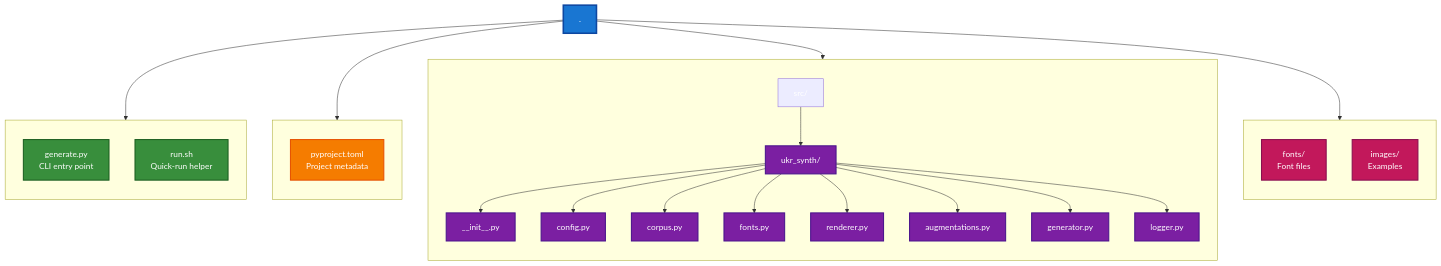
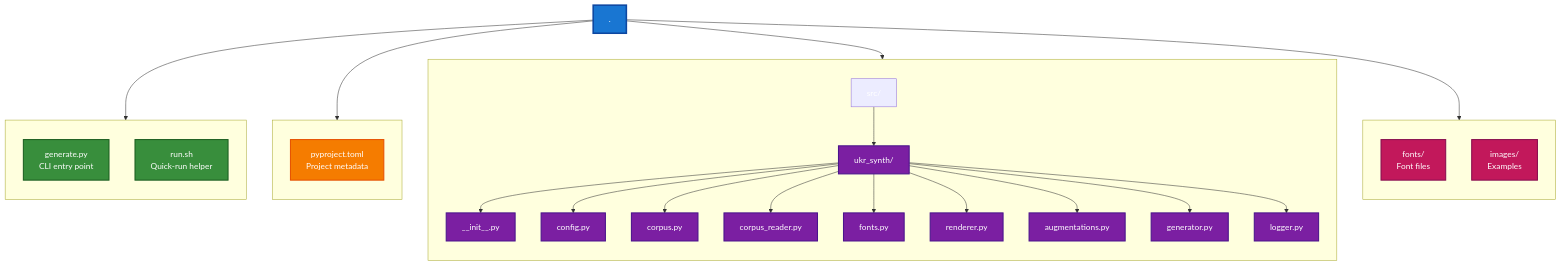
Before and after one commit to ValeriiSielikhov/ukrainian-handwriting-synth: the first of 2 diagrams in README.md, drawn with Mermaid. The commit also changed other lines of this file and 1 other file, not shown here.

````diff
--- a/README.md
+++ b/README.md
@@ -42,51 +42,52 @@
 ```mermaid
 ---
 config:
   layout: dagre
 ---
 flowchart TD
     classDef root fill:#1976d2,stroke:#0d47a1,stroke-width:3px,color:#fff
     classDef entry fill:#388e3c,stroke:#1b5e20,stroke-width:2px,color:#fff
     classDef config fill:#f57c00,stroke:#e65100,stroke-width:2px,color:#fff
     classDef module fill:#7b1fa2,stroke:#4a148c,stroke-width:2px,color:#fff
     classDef data fill:#c2185b,stroke:#880e4f,stroke-width:2px,color:#fff
 
     Root["."]:::root
 
     Root --> EntryGroup["Entry Points"]
     Root --> ConfigGroup["Configuration"]
     Root --> SourceGroup["Source Code"]
     Root --> DataGroup["Data"]
 
     subgraph EntryGroup[" "]
         direction TB
         Generate["generate.py<br/>CLI entry point"]:::entry
         Run["run.sh<br/>Quick-run helper"]:::entry
     end
 
     subgraph ConfigGroup[" "]
         direction TB
         PyProject["pyproject.toml<br/>Project metadata"]:::config
     end
 
     subgraph SourceGroup[" "]
         direction TB
         Src["src/"]
         UkrSynth["ukr_synth/"]:::module
         Src --> UkrSynth
         UkrSynth --> Init["__init__.py"]:::module
         UkrSynth --> ConfigPy["config.py"]:::module
         UkrSynth --> CorpusPy["corpus.py"]:::module
+        UkrSynth --> CorpusReaderPy["corpus_reader.py"]:::module
         UkrSynth --> FontsPy["fonts.py"]:::module
         UkrSynth --> RendererPy["renderer.py"]:::module
         UkrSynth --> AugPy["augmentations.py"]:::module
         UkrSynth --> GeneratorPy["generator.py"]:::module
         UkrSynth --> LoggerPy["logger.py"]:::module
     end
 
     subgraph DataGroup[" "]
         direction TB
         Fonts["fonts/<br/>Font files"]:::data
         Images["images/<br/>Examples"]:::data
     end
 ```
````
